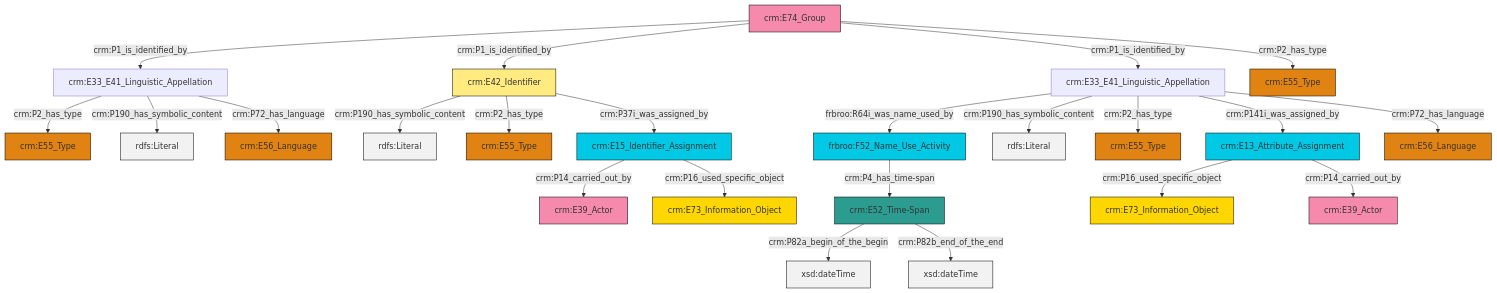
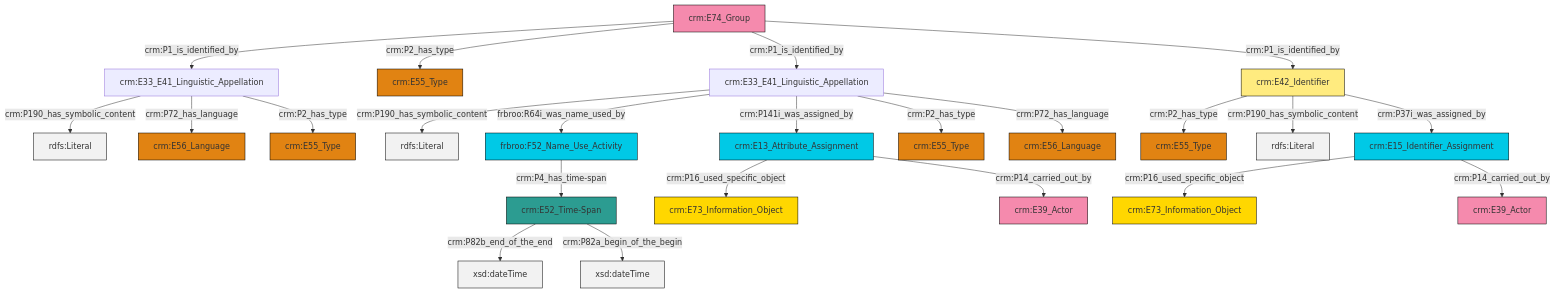
The diagram in et/groupCSV/ttl/mmd/group_name.ttl.mmd (swiss-art-research-net/reference-data-models), drawn with Mermaid before and after one commit. The commit also changed 129 other files, not shown here.

```diff
--- a/et/groupCSV/ttl/mmd/group_name.ttl.mmd
+++ b/et/groupCSV/ttl/mmd/group_name.ttl.mmd
@@ -1,37 +1,37 @@
 graph TD
 classDef Literal fill:#f2f2f2,stroke:#000000;
 classDef CRM_Entity fill:#FFFFFF,stroke:#000000;
 classDef Temporal_Entity fill:#00C9E6, stroke:#000000;
 classDef Type fill:#E18312, stroke:#000000;
 classDef Time-Span fill:#2C9C91, stroke:#000000;
 classDef Appellation fill:#FFEB7F, stroke:#000000;
 classDef Place fill:#008836, stroke:#000000;
 classDef Persistent_Item fill:#B266B2, stroke:#000000;
 classDef Conceptual_Object fill:#FFD700, stroke:#000000;
 classDef Physical_Thing fill:#D2B48C, stroke:#000000;
 classDef Actor fill:#f58aad, stroke:#000000;
 classDef PC_Classes fill:#4ce600, stroke:#000000;
 classDef Multi fill:#cccccc,stroke:#000000;
 
-2["crm:E74_Group"]:::Actor -->|crm:P1_is_identified_by| 3["crm:E33_E41_Linguistic_Appellation"]:::Default
-4["crm:E13_Attribute_Assignment"]:::Temporal_Entity -->|crm:P16_used_specific_object| 5["crm:E73_Information_Object"]:::Conceptual_Object
-2["crm:E74_Group"]:::Actor -->|crm:P1_is_identified_by| 6["crm:E42_Identifier"]:::Appellation
-7["crm:E33_E41_Linguistic_Appellation"]:::Default -->|frbroo:R64i_was_name_used_by| 8["frbroo:F52_Name_Use_Activity"]:::Temporal_Entity
-2["crm:E74_Group"]:::Actor -->|crm:P1_is_identified_by| 7["crm:E33_E41_Linguistic_Appellation"]:::Default
-3["crm:E33_E41_Linguistic_Appellation"]:::Default -->|crm:P2_has_type| 9["crm:E55_Type"]:::Type
-3["crm:E33_E41_Linguistic_Appellation"]:::Default -->|crm:P190_has_symbolic_content| 10[rdfs:Literal]:::Literal
-17["crm:E52_Time-Span"]:::Time-Span -->|crm:P82a_begin_of_the_begin| 18[xsd:dateTime]:::Literal
-6["crm:E42_Identifier"]:::Appellation -->|crm:P190_has_symbolic_content| 21[rdfs:Literal]:::Literal
-7["crm:E33_E41_Linguistic_Appellation"]:::Default -->|crm:P190_has_symbolic_content| 22[rdfs:Literal]:::Literal
-6["crm:E42_Identifier"]:::Appellation -->|crm:P2_has_type| 24["crm:E55_Type"]:::Type
-4["crm:E13_Attribute_Assignment"]:::Temporal_Entity -->|crm:P14_carried_out_by| 25["crm:E39_Actor"]:::Actor
-3["crm:E33_E41_Linguistic_Appellation"]:::Default -->|crm:P72_has_language| 28["crm:E56_Language"]:::Type
-15["crm:E15_Identifier_Assignment"]:::Temporal_Entity -->|crm:P14_carried_out_by| 13["crm:E39_Actor"]:::Actor
-7["crm:E33_E41_Linguistic_Appellation"]:::Default -->|crm:P2_has_type| 0["crm:E55_Type"]:::Type
-8["frbroo:F52_Name_Use_Activity"]:::Temporal_Entity -->|crm:P4_has_time-span| 17["crm:E52_Time-Span"]:::Time-Span
-7["crm:E33_E41_Linguistic_Appellation"]:::Default -->|crm:P141i_was_assigned_by| 4["crm:E13_Attribute_Assignment"]:::Temporal_Entity
-7["crm:E33_E41_Linguistic_Appellation"]:::Default -->|crm:P72_has_language| 19["crm:E56_Language"]:::Type
-6["crm:E42_Identifier"]:::Appellation -->|crm:P37i_was_assigned_by| 15["crm:E15_Identifier_Assignment"]:::Temporal_Entity
-2["crm:E74_Group"]:::Actor -->|crm:P2_has_type| 30["crm:E55_Type"]:::Type
-17["crm:E52_Time-Span"]:::Time-Span -->|crm:P82b_end_of_the_end| 40[xsd:dateTime]:::Literal
-15["crm:E15_Identifier_Assignment"]:::Temporal_Entity -->|crm:P16_used_specific_object| 11["crm:E73_Information_Object"]:::Conceptual_Object
+9["crm:E33_E41_Linguistic_Appellation"]:::Default -->|crm:P190_has_symbolic_content| 10[rdfs:Literal]:::Literal
+13["crm:E13_Attribute_Assignment"]:::Temporal_Entity -->|crm:P16_used_specific_object| 14["crm:E73_Information_Object"]:::Conceptual_Object
+15["crm:E42_Identifier"]:::Appellation -->|crm:P2_has_type| 17["crm:E55_Type"]:::Type
+4["crm:E33_E41_Linguistic_Appellation"]:::Default -->|crm:P190_has_symbolic_content| 18[rdfs:Literal]:::Literal
+4["crm:E33_E41_Linguistic_Appellation"]:::Default -->|frbroo:R64i_was_name_used_by| 2["frbroo:F52_Name_Use_Activity"]:::Temporal_Entity
+19["crm:E15_Identifier_Assignment"]:::Temporal_Entity -->|crm:P16_used_specific_object| 20["crm:E73_Information_Object"]:::Conceptual_Object
+13["crm:E13_Attribute_Assignment"]:::Temporal_Entity -->|crm:P14_carried_out_by| 6["crm:E39_Actor"]:::Actor
+15["crm:E42_Identifier"]:::Appellation -->|crm:P190_has_symbolic_content| 21[rdfs:Literal]:::Literal
+4["crm:E33_E41_Linguistic_Appellation"]:::Default -->|crm:P141i_was_assigned_by| 13["crm:E13_Attribute_Assignment"]:::Temporal_Entity
+23["crm:E52_Time-Span"]:::Time-Span -->|crm:P82b_end_of_the_end| 24[xsd:dateTime]:::Literal
+11["crm:E74_Group"]:::Actor -->|crm:P1_is_identified_by| 9["crm:E33_E41_Linguistic_Appellation"]:::Default
+11["crm:E74_Group"]:::Actor -->|crm:P2_has_type| 25["crm:E55_Type"]:::Type
+9["crm:E33_E41_Linguistic_Appellation"]:::Default -->|crm:P72_has_language| 28["crm:E56_Language"]:::Type
+15["crm:E42_Identifier"]:::Appellation -->|crm:P37i_was_assigned_by| 19["crm:E15_Identifier_Assignment"]:::Temporal_Entity
+23["crm:E52_Time-Span"]:::Time-Span -->|crm:P82a_begin_of_the_begin| 32[xsd:dateTime]:::Literal
+9["crm:E33_E41_Linguistic_Appellation"]:::Default -->|crm:P2_has_type| 0["crm:E55_Type"]:::Type
+11["crm:E74_Group"]:::Actor -->|crm:P1_is_identified_by| 4["crm:E33_E41_Linguistic_Appellation"]:::Default
+4["crm:E33_E41_Linguistic_Appellation"]:::Default -->|crm:P2_has_type| 30["crm:E55_Type"]:::Type
+4["crm:E33_E41_Linguistic_Appellation"]:::Default -->|crm:P72_has_language| 26["crm:E56_Language"]:::Type
+11["crm:E74_Group"]:::Actor -->|crm:P1_is_identified_by| 15["crm:E42_Identifier"]:::Appellation
+19["crm:E15_Identifier_Assignment"]:::Temporal_Entity -->|crm:P14_carried_out_by| 33["crm:E39_Actor"]:::Actor
+2["frbroo:F52_Name_Use_Activity"]:::Temporal_Entity -->|crm:P4_has_time-span| 23["crm:E52_Time-Span"]:::Time-Span
```
